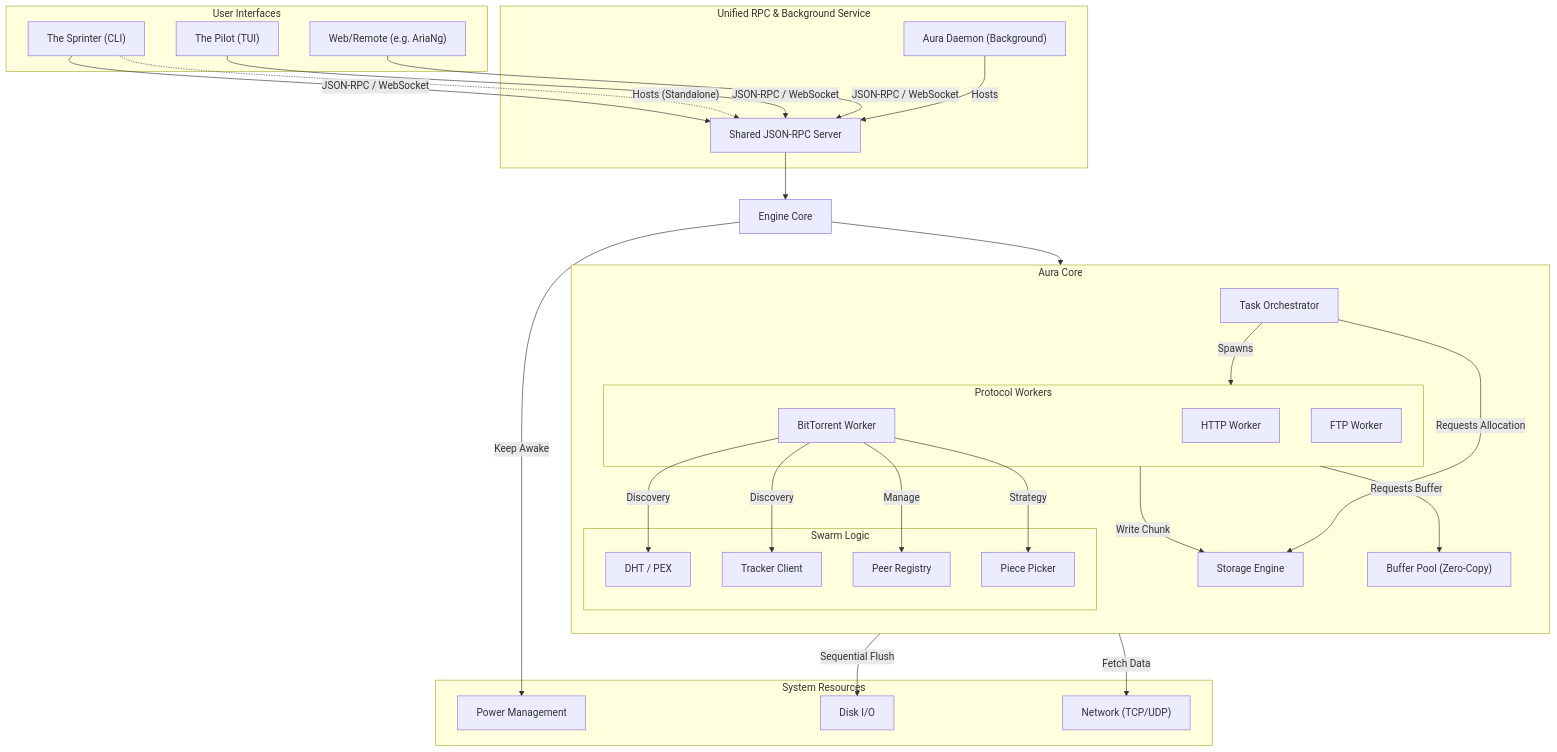
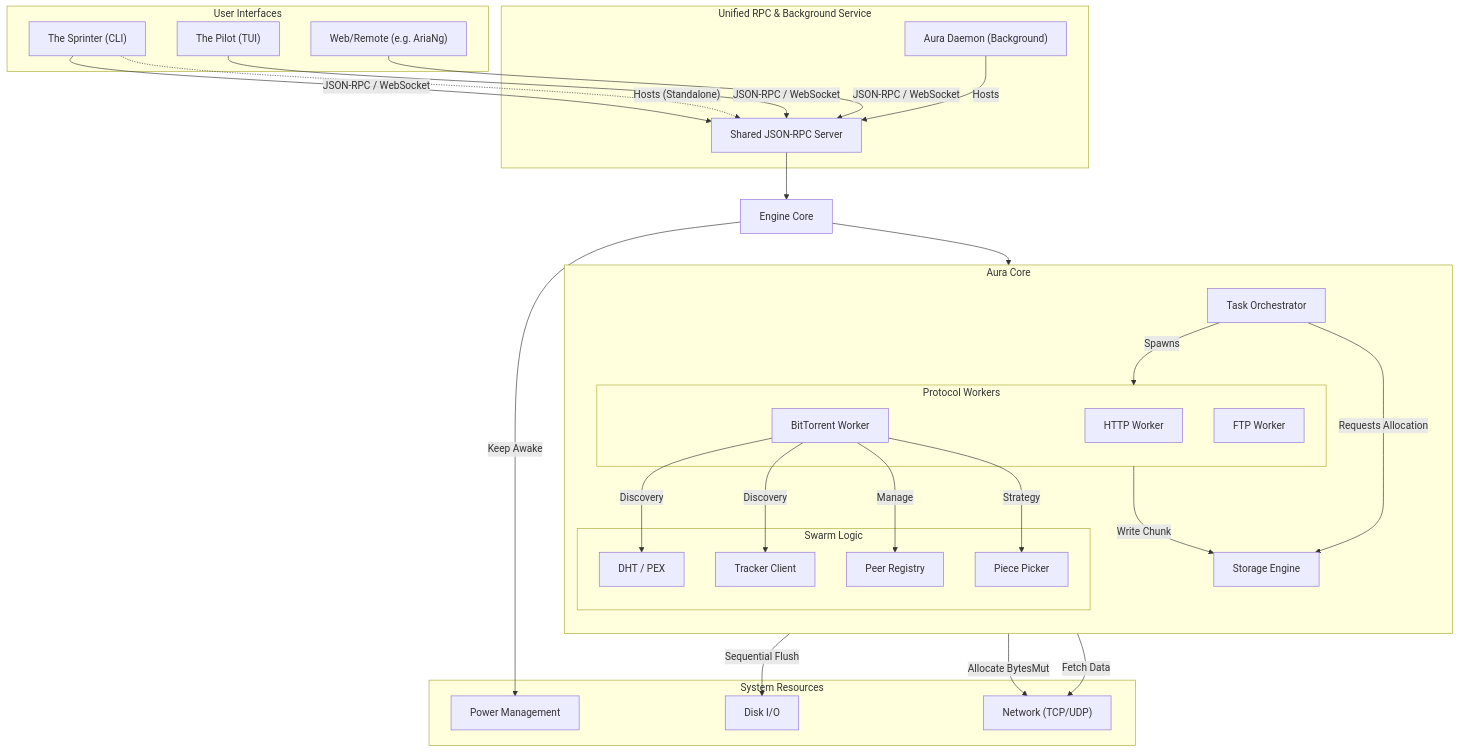
The first of 6 diagrams in aura-docs/project/ARCHITECTURE.md (ronmkr/aura), drawn with Mermaid before and after one commit. The commit also changed other lines of this file and 23 other files, not shown here.

````diff
--- a/aura-docs/project/ARCHITECTURE.md
+++ b/aura-docs/project/ARCHITECTURE.md
@@ -9,61 +9,60 @@
 ```mermaid
 flowchart TD
     subgraph Clients ["User Interfaces"]
         CLI["The Sprinter (CLI)"]
         TUI["The Pilot (TUI)"]
         Web["Web/Remote (e.g. AriaNg)"]
     end
 
     subgraph Unified_RPC ["Unified RPC & Background Service"]
         Daemon["Aura Daemon (Background)"]
         RPC["Shared JSON-RPC Server"]
     end
 
     subgraph Core ["Aura Core"]
         direction TB
         Orchestrator["Task Orchestrator"]
         Storage["Storage Engine"]
-        BufferPool["Buffer Pool (Zero-Copy)"]
         
         subgraph Workers ["Protocol Workers"]
             HTTP["HTTP Worker"]
             BT["BitTorrent Worker"]
             FTP["FTP Worker"]
         end
 
         subgraph BT_Logic ["Swarm Logic"]
             DHT["DHT / PEX"]
             Tracker["Tracker Client"]
             PeerReg["Peer Registry"]
             Picker["Piece Picker"]
         end
     end
 
     subgraph Hardware ["System Resources"]
         Disk["Disk I/O"]
         Network["Network (TCP/UDP)"]
         Power["Power Management"]
     end
 
     %% Interactions
     CLI & TUI & Web -- "JSON-RPC / WebSocket" --> RPC
     Daemon -- "Hosts" --> RPC
     CLI -. "Hosts (Standalone)" .-> RPC
     RPC --> Engine["Engine Core"]
     Engine --> Orchestrator
     
     Orchestrator -- "Spawns" --> Workers
     Orchestrator -- "Requests Allocation" --> Storage
     
-    Workers -- "Requests Buffer" --> BufferPool
+    Workers -- "Allocate BytesMut" --> Network
     Workers -- "Fetch Data" --> Network
     Workers -- "Write Chunk" --> Storage
     
     Storage -- "Sequential Flush" --> Disk
     
     BT -- "Discovery" --> DHT & Tracker
     BT -- "Manage" --> PeerReg
     BT -- "Strategy" --> Picker
     
     Engine -- "Keep Awake" --> Power
 ```
````
